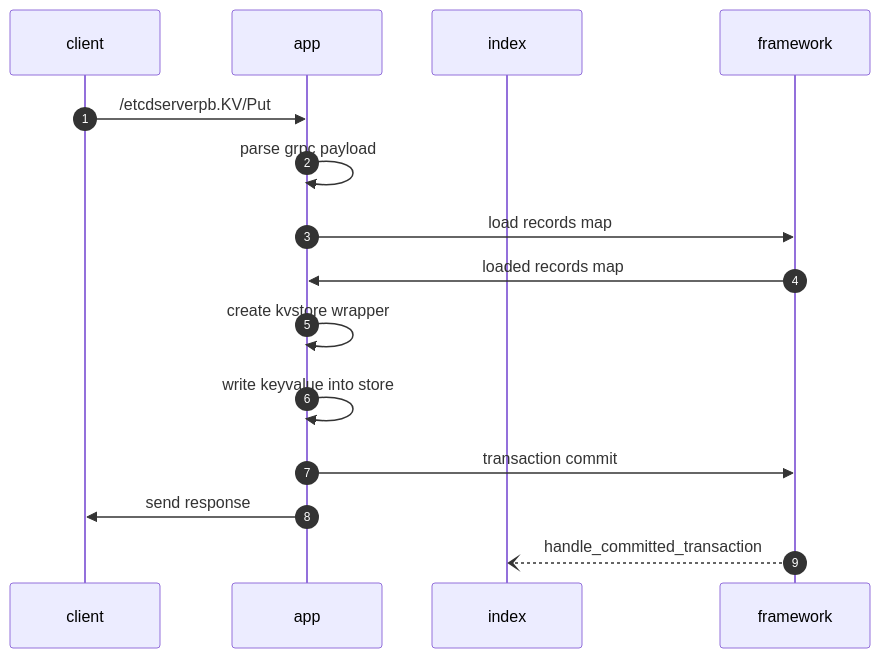
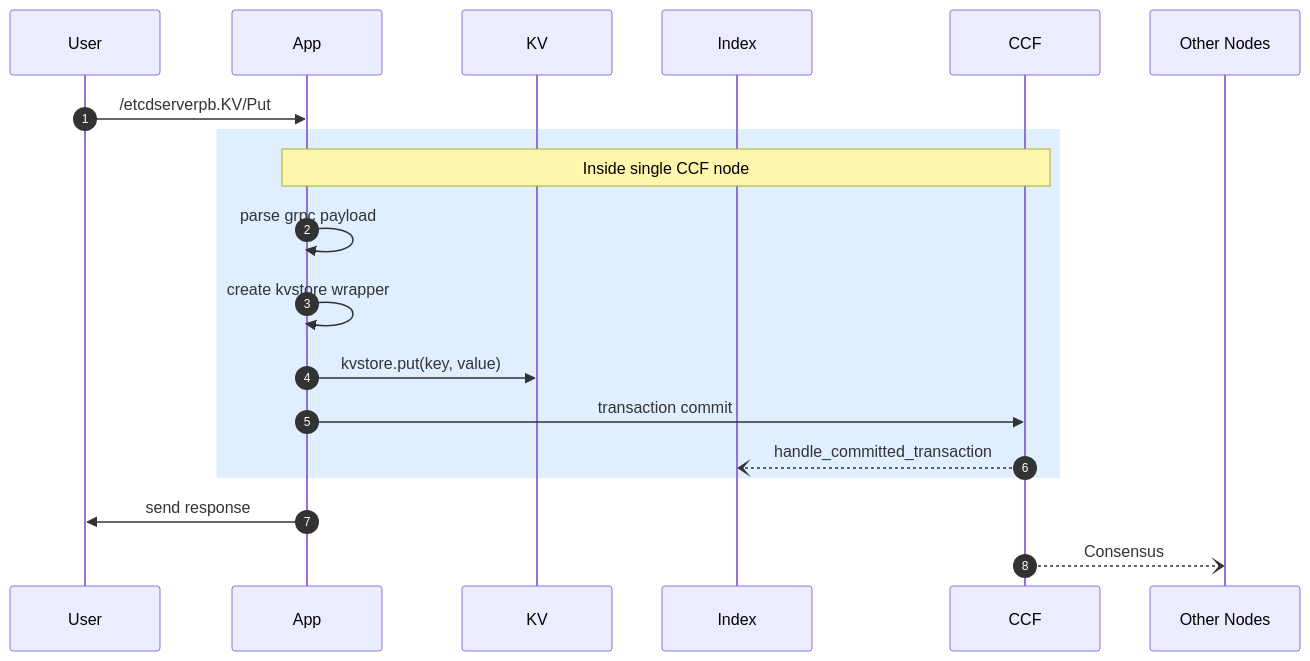
One commit to microsoft/LSKV changed the first of 2 diagrams in docs/index.md. Above: the diagram before and after it, drawn with Mermaid. The commit also changed other lines of this file, not shown here.

Commit message:
Update diagrams to have CCF node background

````diff
--- a/docs/index.md
+++ b/docs/index.md
@@ -7,18 +7,22 @@
 ```mermaid
 sequenceDiagram
     autonumber
-    participant client
-    participant app
-    participant index
-    participant framework
+    participant User
+    participant App
+    participant KV
+    participant Index
+    participant CCF
+    participant Nodes as Other Nodes
 
-    client->>app: /etcdserverpb.KV/Put
-    app->>app: parse grpc payload
-    app->>framework: load records map 
-    framework->>app: loaded records map
-    app->>app: create kvstore wrapper
-    app->>app: write keyvalue into store 
-    app->>framework: transaction commit
-    app->>client: send response
-    framework--)index: handle_committed_transaction
+    User->>App: /etcdserverpb.KV/Put
+    rect rgba(191, 223, 255, 0.5)
+    note over App,CCF: Inside single CCF node
+    App->>App: parse grpc payload
+    App->>App: create kvstore wrapper
+    App->>KV: kvstore.put(key, value)
+    App->>CCF: transaction commit
+    CCF--)Index: handle_committed_transaction
+    end
+    App->>User: send response
+    CCF--)Nodes: Consensus
 ```
````
